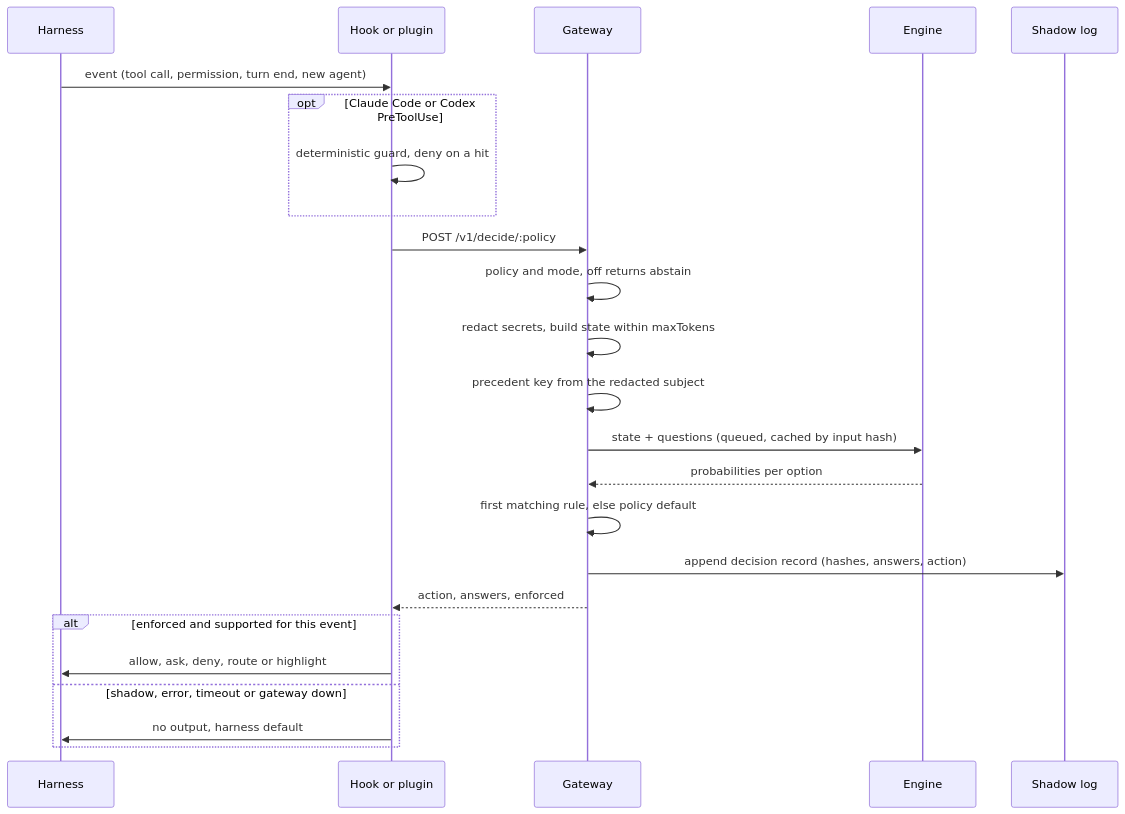
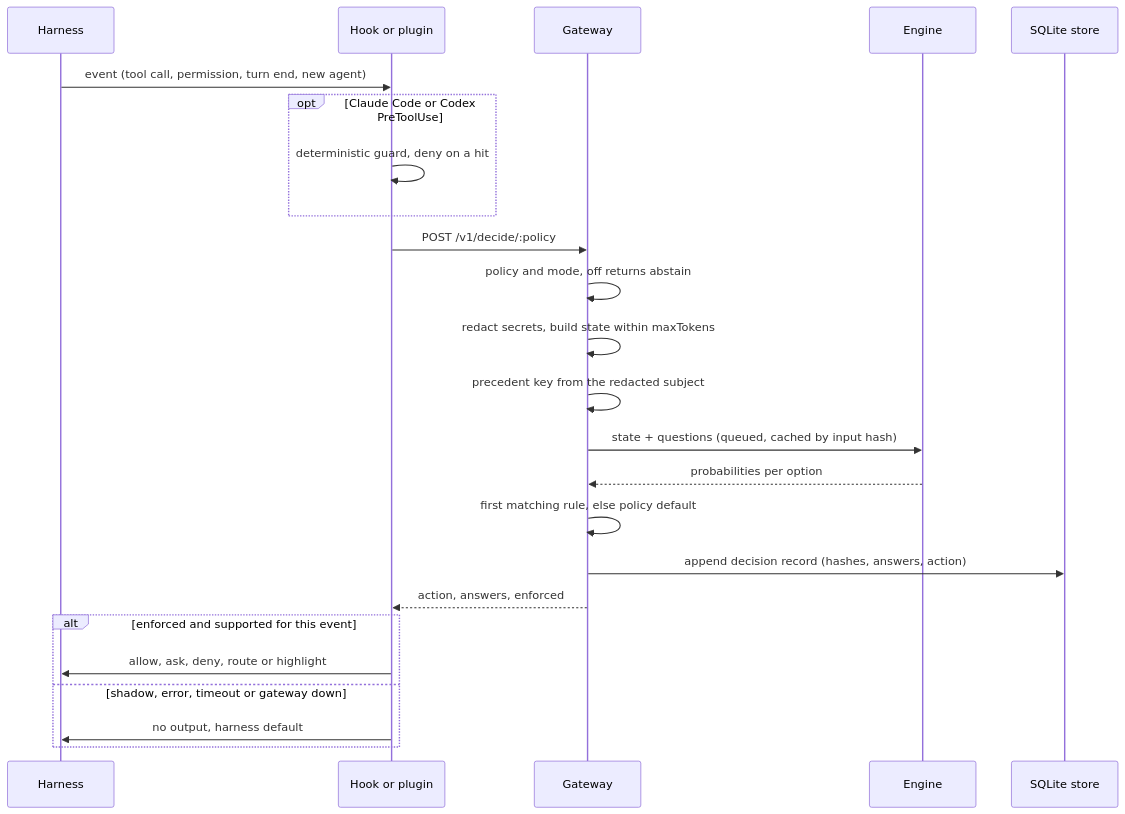
The second of 4 diagrams in docs/architecture.md (SkeLLLa/local-decider), drawn with Mermaid before and after one commit. The commit also changed other lines of this file and 45 other files, not shown here.

First line of the commit message:
feat: sqlite store (#15)

````diff
--- a/docs/architecture.md
+++ b/docs/architecture.md
@@ -56,26 +56,26 @@
 ```mermaid
 sequenceDiagram
   participant H as Harness
   participant A as Hook or plugin
   participant G as Gateway
   participant E as Engine
-  participant L as Shadow log
+  participant L as SQLite store
   H->>A: event (tool call, permission, turn end, new agent)
   opt Claude Code or Codex PreToolUse
     A->>A: deterministic guard, deny on a hit
   end
   A->>G: POST /v1/decide/:policy
   G->>G: policy and mode, off returns abstain
   G->>G: redact secrets, build state within maxTokens
   G->>G: precedent key from the redacted subject
   G->>E: state + questions (queued, cached by input hash)
   E-->>G: probabilities per option
   G->>G: first matching rule, else policy default
   G->>L: append decision record (hashes, answers, action)
   G-->>A: action, answers, enforced
   alt enforced and supported for this event
     A->>H: allow, ask, deny, route or highlight
   else shadow, error, timeout or gateway down
     A->>H: no output, harness default
   end
 ```
````
